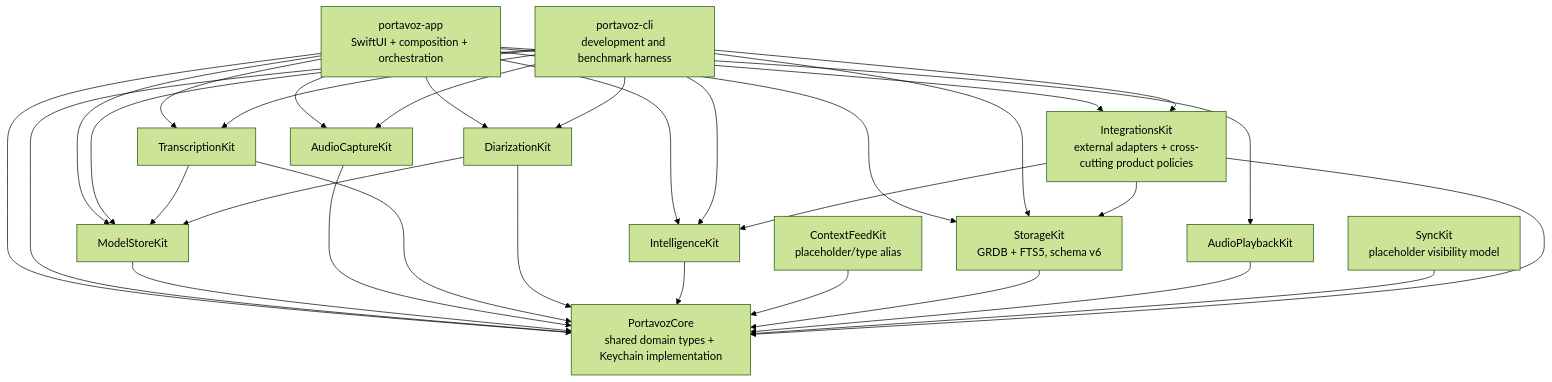
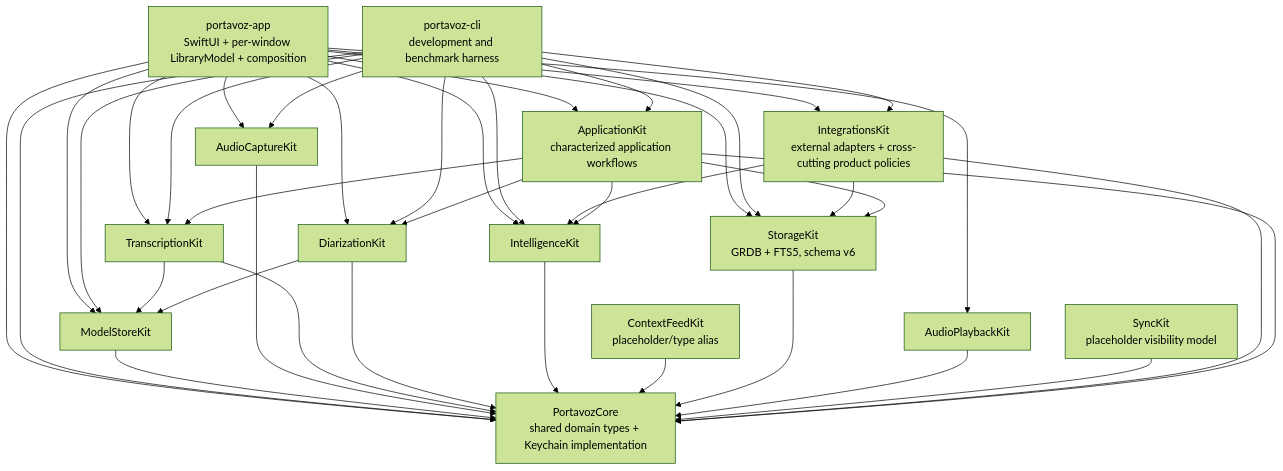
Before and after one commit to johnny4young/portavoz: the first of 3 diagrams in docs/refactor-20260714.md, drawn with Mermaid (forest theme). The commit also changed other lines of this file and 20 other files, not shown here.

Commit message:
refactor(app): introduce library feature model

````diff
--- a/docs/refactor-20260714.md
+++ b/docs/refactor-20260714.md
@@ -76,48 +76,56 @@
 ```mermaid
 flowchart TB
-    APP["portavoz-app\nSwiftUI + composition + orchestration"]
+    APP["portavoz-app\nSwiftUI + per-window LibraryModel + composition"]
     CLI["portavoz-cli\ndevelopment and benchmark harness"]
+    APPLICATION["ApplicationKit\ncharacterized application workflows"]
     CORE["PortavozCore\nshared domain types + Keychain implementation"]
     MODEL["ModelStoreKit"]
     CAPTURE["AudioCaptureKit"]
     STT["TranscriptionKit"]
     DIAR["DiarizationKit"]
     INTEL["IntelligenceKit"]
     CONTEXT["ContextFeedKit\nplaceholder/type alias"]
     STORE["StorageKit\nGRDB + FTS5, schema v6"]
     PLAYBACK["AudioPlaybackKit"]
     SYNC["SyncKit\nplaceholder visibility model"]
     INTEGRATIONS["IntegrationsKit\nexternal adapters + cross-cutting product policies"]
 
     APP --> CORE
+    APP --> APPLICATION
     APP --> MODEL
     APP --> CAPTURE
     APP --> STT
     APP --> DIAR
     APP --> INTEL
     APP --> STORE
     APP --> PLAYBACK
     APP --> INTEGRATIONS
     CLI --> CORE
+    CLI --> APPLICATION
     CLI --> MODEL
     CLI --> CAPTURE
     CLI --> STT
     CLI --> DIAR
     CLI --> INTEL
     CLI --> STORE
     CLI --> INTEGRATIONS
     MODEL --> CORE
     CAPTURE --> CORE
     STT --> CORE
     STT --> MODEL
     DIAR --> CORE
     DIAR --> MODEL
     INTEL --> CORE
     CONTEXT --> CORE
     STORE --> CORE
     PLAYBACK --> CORE
     SYNC --> CORE
     INTEGRATIONS --> CORE
     INTEGRATIONS --> INTEL
     INTEGRATIONS --> STORE
+    APPLICATION --> CORE
+    APPLICATION --> STT
+    APPLICATION --> DIAR
+    APPLICATION --> INTEL
+    APPLICATION --> STORE
 ```
````
